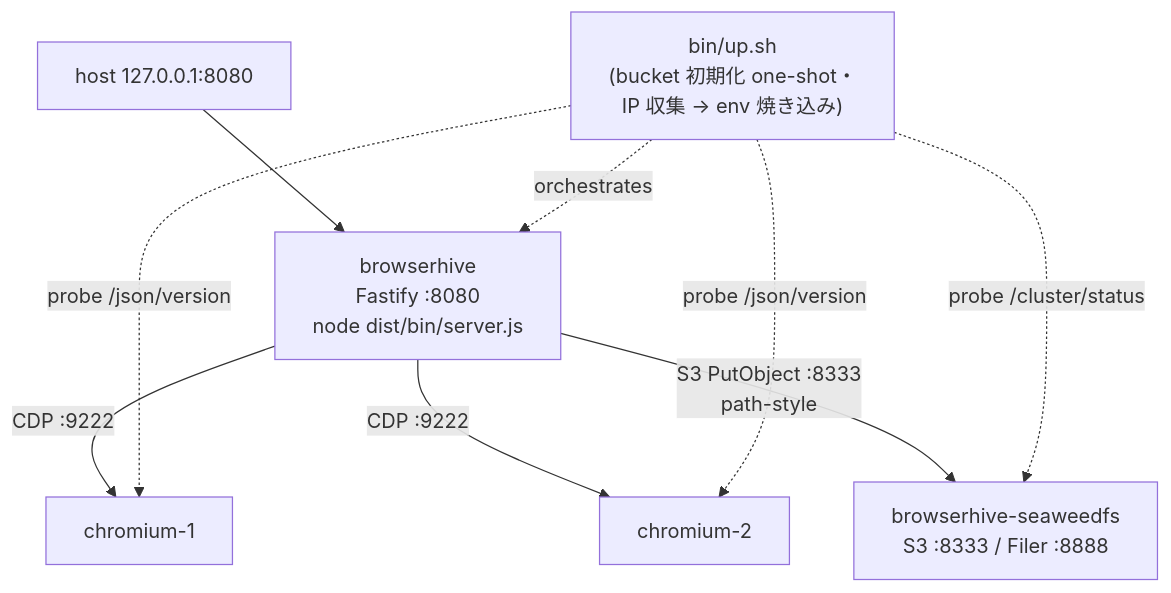
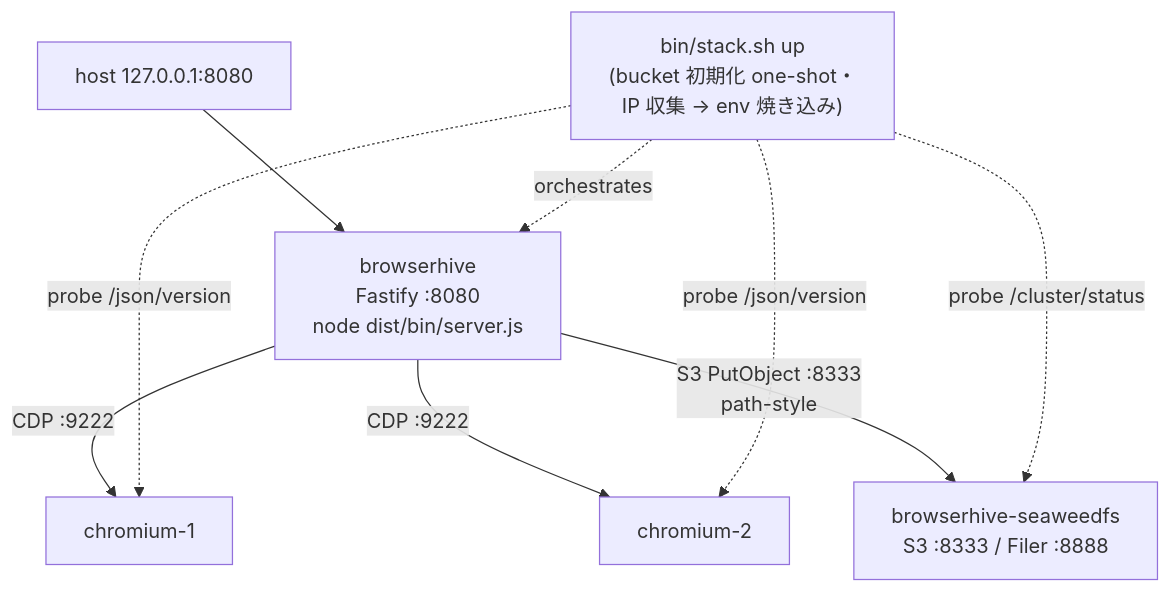
One commit to uraitakahito/browserhive changed the seventh of 7 diagrams in docs-site/src/content/docs/ja/architecture.mdx. Above: the diagram before and after it, drawn with Mermaid. The commit also changed other lines of this file and 9 other files, not shown here.

First line of the commit message:
docs: point at ./bin/stack.sh <command>

````diff
--- a/docs-site/src/content/docs/ja/architecture.mdx
+++ b/docs-site/src/content/docs/ja/architecture.mdx
@@ -338,11 +338,11 @@
 ```mermaid
 flowchart TD
   HOST["host 127.0.0.1:8080"] --> BH["browserhive<br>Fastify :8080<br>node dist/bin/server.js"]
   BH -->|"CDP :9222"| C1["chromium-1"]
   BH -->|"CDP :9222"| C2["chromium-2"]
   BH -->|"S3 PutObject :8333<br>path-style"| SW["browserhive-seaweedfs<br>S3 :8333 / Filer :8888"]
-  UP["bin/up.sh<br>(bucket 初期化 one-shot・<br>IP 収集 → env 焼き込み)"] -.->|orchestrates| BH
+  UP["bin/stack.sh up<br>(bucket 初期化 one-shot・<br>IP 収集 → env 焼き込み)"] -.->|orchestrates| BH
   UP -.->|probe /cluster/status| SW
   UP -.->|probe /json/version| C1
   UP -.->|probe /json/version| C2
 ```
````
